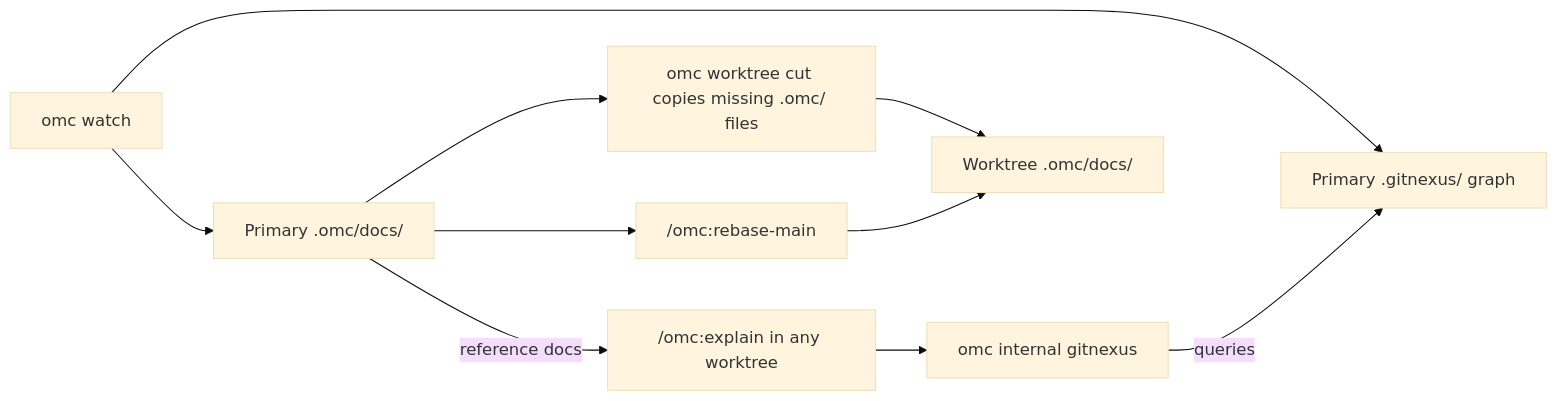
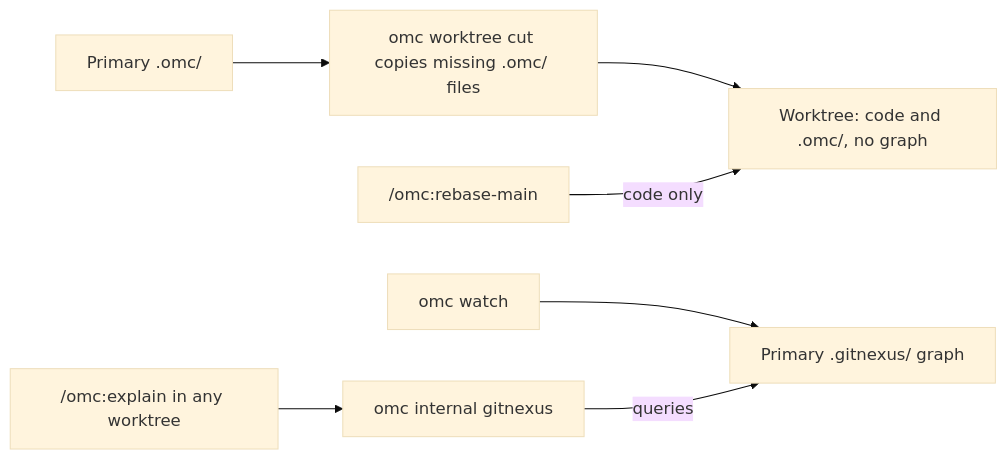
Before and after one commit to chris-husse/oh-my-clanker: the third of 4 diagrams in README.md, drawn with Mermaid (base theme). The commit also changed other lines of this file and 131 other files, not shown here.

First line of the commit message:
Remove the GitNexus documentation feature; knowledge is the graph only

````diff
--- a/README.md
+++ b/README.md
@@ -260,12 +252,9 @@
 ```mermaid
 flowchart LR
     Watch["omc watch"] --> Graph["Primary .gitnexus/ graph"]
-    Watch --> Docs["Primary .omc/docs/"]
-    Docs --> Copy["omc worktree cut copies missing .omc/ files"]
-    Copy --> WorktreeDocs["Worktree .omc/docs/"]
-    Docs --> Rebase["/omc:rebase-main"]
-    Rebase --> WorktreeDocs
+    PrimaryOmc["Primary .omc/"] --> Copy["omc worktree cut copies missing .omc/ files"]
+    Copy --> Worktree["Worktree: code and .omc/, no graph"]
+    Rebase["/omc:rebase-main"] -->|code only| Worktree
     Explain["/omc:explain in any worktree"] --> Proxy["omc internal gitnexus"]
     Proxy -->|queries| Graph
-    Docs -->|reference docs| Explain
 ```
````
